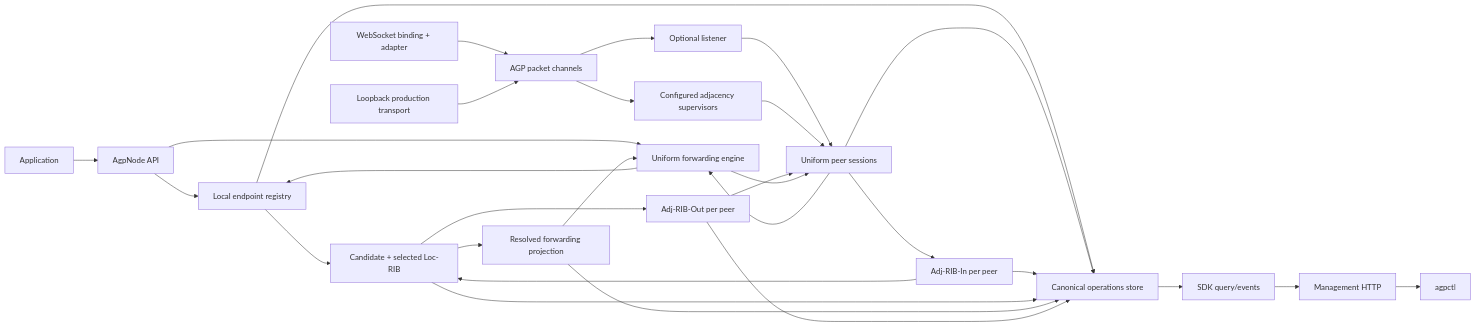
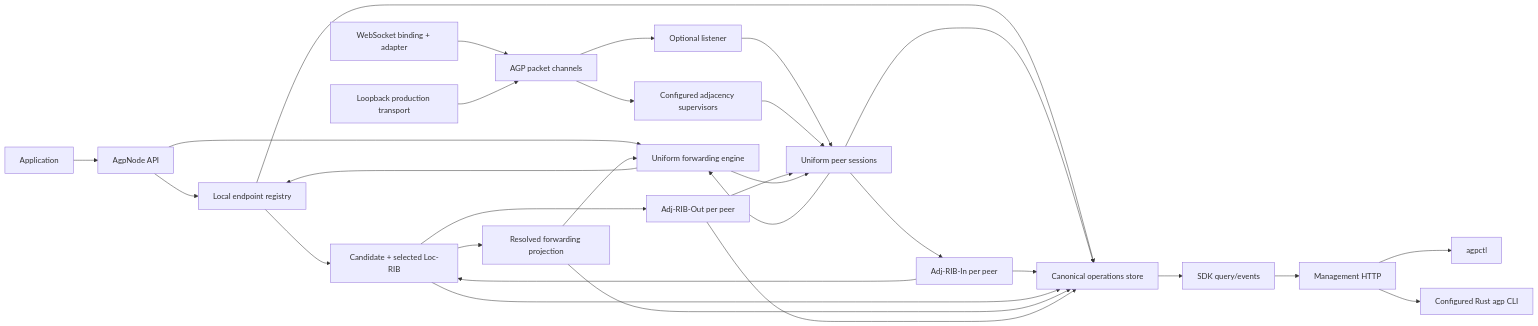
The diagram in docs/ARCHITECTURE.md (apnex/agp), drawn with Mermaid before and after one commit. The commit also changed other lines of this file and 39 other files, not shown here.

Commit message:
Provide AGP management through the configured Rust CLI

````diff
--- a/docs/ARCHITECTURE.md
+++ b/docs/ARCHITECTURE.md
@@ -118,33 +118,34 @@
 ```mermaid
 flowchart LR
     APP[Application] --> API[AgpNode API]
     API --> LOCAL[Local endpoint registry]
     API --> FWD[Uniform forwarding engine]
 
     LISTEN[Optional listener] --> SESS[Uniform peer sessions]
     DIAL[Configured adjacency supervisors] --> SESS
     WS[WebSocket binding + adapter] --> CHANNEL[AGP packet channels]
     LOOP[Loopback production transport] --> CHANNEL
     CHANNEL --> LISTEN
     CHANNEL --> DIAL
     SESS --> IMPORT[Adj-RIB-In per peer]
     LOCAL --> RIB[Candidate + selected Loc-RIB]
     IMPORT --> RIB
     RIB --> FIB[Resolved forwarding projection]
     RIB --> EXPORT[Adj-RIB-Out per peer]
     EXPORT --> SESS
     SESS --> FWD
     FIB --> FWD
     FWD --> LOCAL
     FWD --> SESS
 
     LOCAL --> STATE[Canonical operations store]
     SESS --> STATE
     IMPORT --> STATE
     RIB --> STATE
     FIB --> STATE
     EXPORT --> STATE
     STATE --> SDK[SDK query/events]
     SDK --> HTTP[Management HTTP]
     HTTP --> CLI[agpctl]
+    HTTP --> NATIVE[Configured Rust agp CLI]
 ```
````
